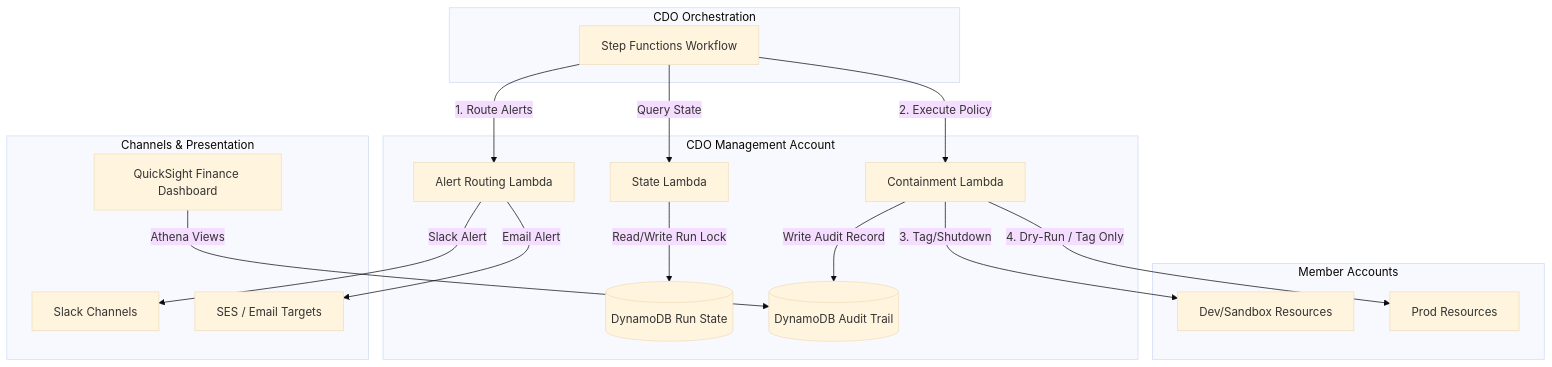
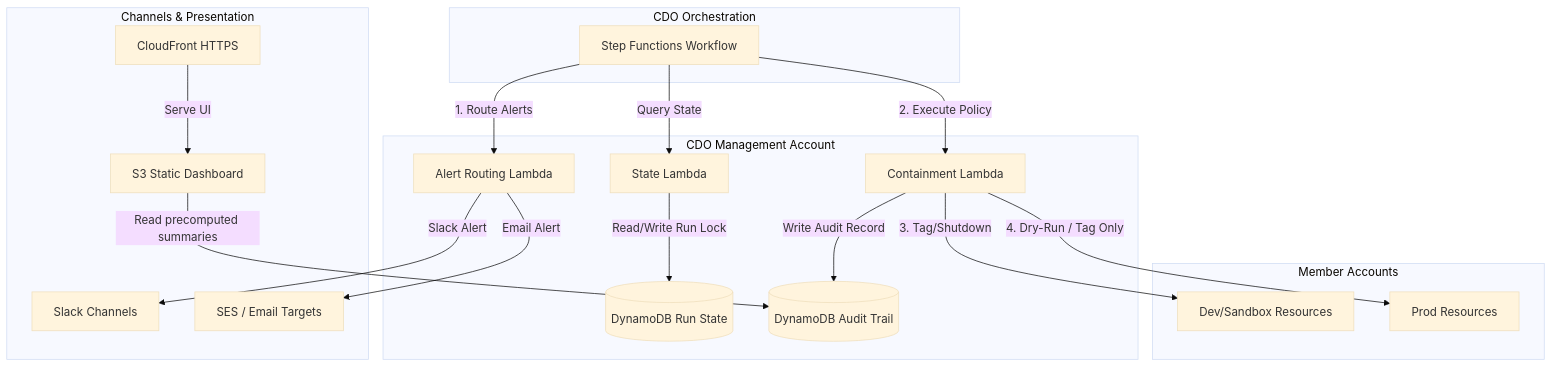
The fifth of 5 diagrams in docs/tf2-finops/02_infra_design_vi.md (hungxqt/tf2-finops-docs), drawn with Mermaid (base theme) before and after one commit. The commit also changed other lines of this file and 23 other files, not shown here.

````diff
--- a/docs/tf2-finops/02_infra_design_vi.md
+++ b/docs/tf2-finops/02_infra_design_vi.md
@@ -218,29 +221,30 @@
 ```mermaid
 graph TB
     subgraph "CDO Orchestration"
         SF[Step Functions Workflow]
     end
 
     subgraph "Member Accounts"
         DevSand[Dev/Sandbox Resources]
         Prod[Prod Resources]
     end
 
     subgraph "CDO Management Account"
         SF -->|1. Route Alerts| AlertLambda[Alert Routing Lambda]
         SF -->|2. Execute Policy| ContLambda[Containment Lambda]
         
         StateLambda[State Lambda] -->|Read/Write Run Lock| StateDB[(DynamoDB Run State)]
         SF -->|Query State| StateLambda
         
         ContLambda -->|Write Audit Record| AuditDB[(DynamoDB Audit Trail)]
         ContLambda -->|3. Tag/Shutdown| DevSand
         ContLambda -->|4. Dry-Run / Tag Only| Prod
     end
 
     subgraph "Channels & Presentation"
         AlertLambda -->|Slack Alert| Slack[Slack Channels]
         AlertLambda -->|Email Alert| SES[SES / Email Targets]
-        Dashboard[QuickSight Finance Dashboard] -->|Athena Views| AuditDB
+        CloudFront[CloudFront HTTPS] -->|Serve UI| S3Dashboard2[S3 Static Dashboard]
+        S3Dashboard2 -->|Read precomputed summaries| AuditDB
     end
 ```
````
